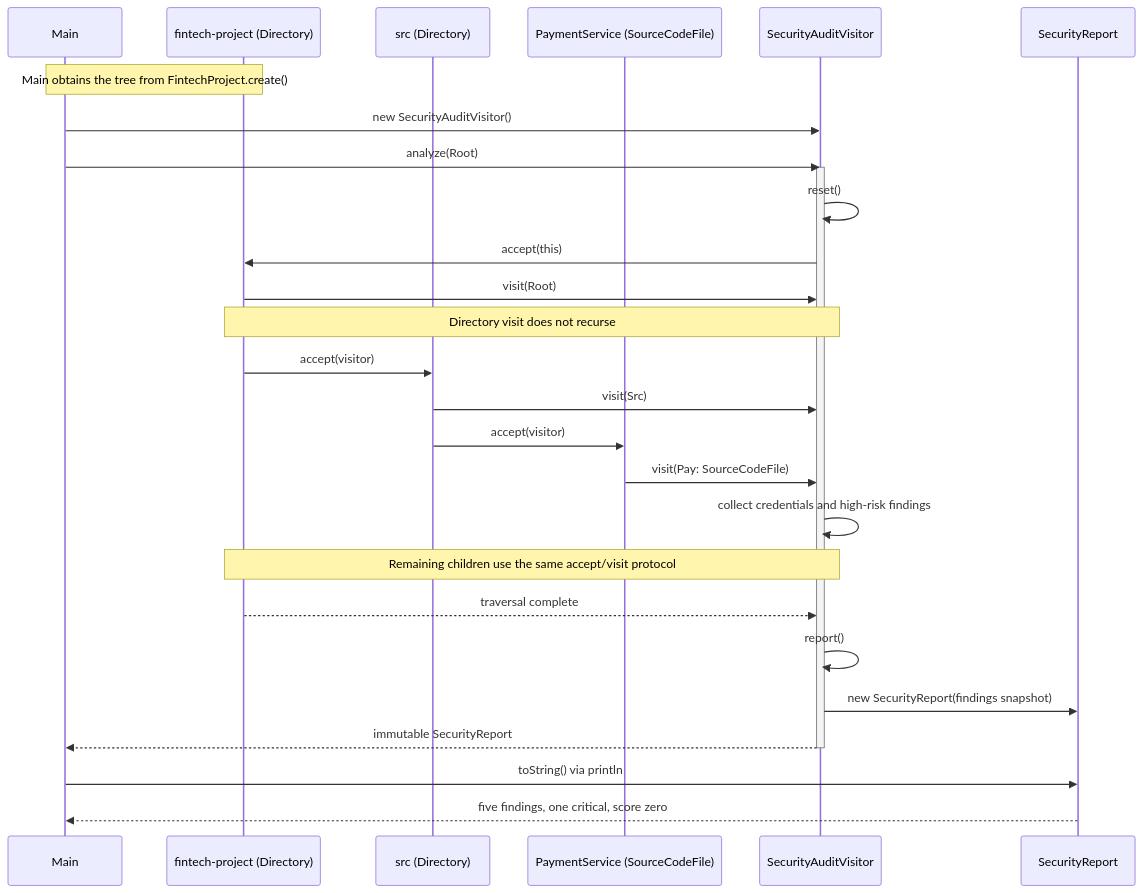
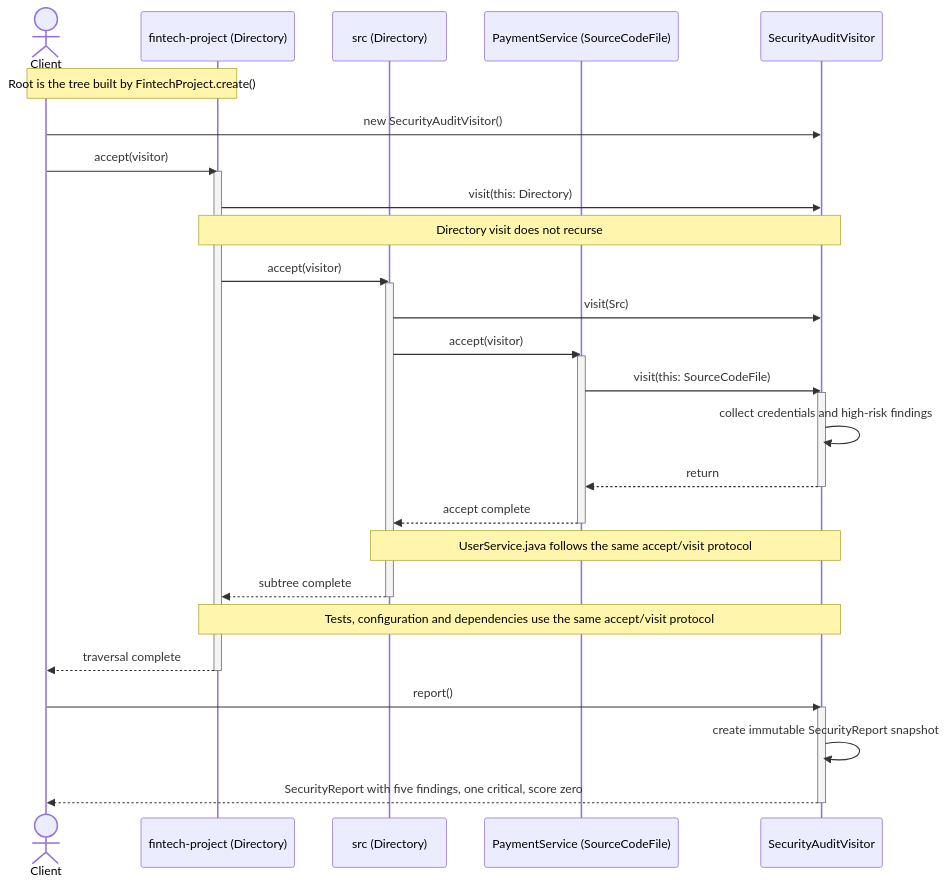
One commit to JustMel1508/assignment6-visitor-pattern changed the second of 2 diagrams in docs/uml.md. Above: the diagram before and after it, drawn with Mermaid. The commit also changed other lines of this file and 3 other files, not shown here.

Commit message:
Embed high-resolution UML class and sequence PNG diagrams in README

````diff
--- a/docs/uml.md
+++ b/docs/uml.md
@@ -116,30 +119,37 @@
 ```mermaid
 sequenceDiagram
-    participant Main
+    actor Client
     participant Root as fintech-project (Directory)
     participant Src as src (Directory)
     participant Pay as PaymentService (SourceCodeFile)
     participant Audit as SecurityAuditVisitor
-    participant Report as SecurityReport
-    Note over Main,Root: Main obtains the tree from FintechProject.create()
-    Main->>Audit: new SecurityAuditVisitor()
-    Main->>Audit: analyze(Root)
-    activate Audit
-    Audit->>Audit: reset()
-    Audit->>Root: accept(this)
-    Root->>Audit: visit(Root)
+    Note over Client,Root: Root is the tree built by FintechProject.create()
+    Client->>Audit: new SecurityAuditVisitor()
+    Client->>Root: accept(visitor)
+    activate Root
+    Root->>Audit: visit(this: Directory)
     Note over Root,Audit: Directory visit does not recurse
     Root->>Src: accept(visitor)
+    activate Src
     Src->>Audit: visit(Src)
     Src->>Pay: accept(visitor)
-    Pay->>Audit: visit(Pay: SourceCodeFile)
+    activate Pay
+    Pay->>Audit: visit(this: SourceCodeFile)
+    activate Audit
     Audit->>Audit: collect credentials and high-risk findings
-    Note over Root,Audit: Remaining children use the same accept/visit protocol
-    Root-->>Audit: traversal complete
-    Audit->>Audit: report()
-    Audit->>Report: new SecurityReport(findings snapshot)
-    Audit-->>Main: immutable SecurityReport
+    Audit-->>Pay: return
     deactivate Audit
-    Main->>Report: toString() via println
-    Report-->>Main: five findings, one critical, score zero
+    Pay-->>Src: accept complete
+    deactivate Pay
+    Note over Src,Audit: UserService.java follows the same accept/visit protocol
+    Src-->>Root: subtree complete
+    deactivate Src
+    Note over Root,Audit: Tests, configuration and dependencies use the same accept/visit protocol
+    Root-->>Client: traversal complete
+    deactivate Root
+    Client->>Audit: report()
+    activate Audit
+    Audit->>Audit: create immutable SecurityReport snapshot
+    Audit-->>Client: SecurityReport with five findings, one critical, score zero
+    deactivate Audit
 ```
````
